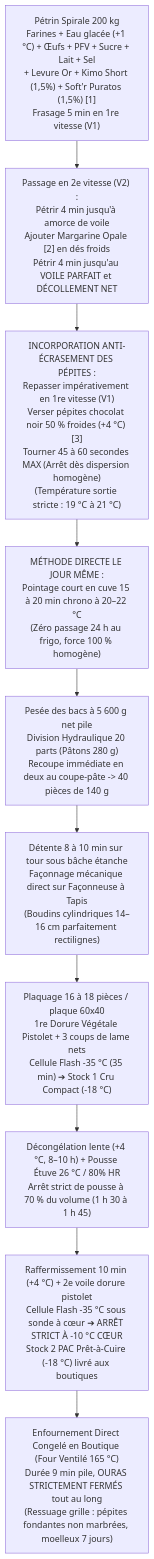
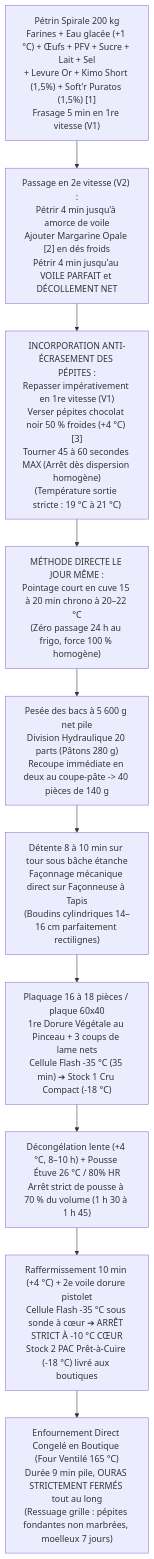
The diagram in recettes/catalogue/v-vie-02-pain-viennois-chocolat-pac.md (jri561/laboratoire-tourage-boulangerie), drawn with Mermaid before and after one commit. The commit also changed other lines of this file and 15 other files, not shown here.

````diff
--- a/recettes/catalogue/v-vie-02-pain-viennois-chocolat-pac.md
+++ b/recettes/catalogue/v-vie-02-pain-viennois-chocolat-pac.md
@@ -65,13 +65,13 @@
 ```mermaid
 flowchart TD
     A["Pétrin Spirale 200 kg\nFarines + Eau glacée (+1 °C) + Œufs + PFV + Sucre + Lait + Sel\n+ Levure Or + Kimo Short (1,5%) + Soft'r Puratos (1,5%) [1]\nFrasage 5 min en 1re vitesse (V1)"]
     --> B["Passage en 2e vitesse (V2) :\nPétrir 4 min jusqu'à amorce de voile\nAjouter Margarine Opale [2] en dés froids\nPétrir 4 min jusqu'au VOILE PARFAIT et DÉCOLLEMENT NET"]
     --> C["INCORPORATION ANTI-ÉCRASEMENT DES PÉPITES :\nRepasser impérativement en 1re vitesse (V1)\nVerser pépites chocolat noir 50 % froides (+4 °C) [3]\nTourner 45 à 60 secondes MAX (Arrêt dès dispersion homogène)\n(Température sortie stricte : 19 °C à 21 °C)"]
     --> D["MÉTHODE DIRECTE LE JOUR MÊME :\nPointage court en cuve 15 à 20 min chrono à 20–22 °C\n(Zéro passage 24 h au frigo, force 100 % homogène)"]
     --> E["Pesée des bacs à 5 600 g net pile\nDivision Hydraulique 20 parts (Pâtons 280 g)\nRecoupe immédiate en deux au coupe-pâte -> 40 pièces de 140 g"]
     --> F["Détente 8 à 10 min sur tour sous bâche étanche\nFaçonnage mécanique direct sur Façonneuse à Tapis\n(Boudins cylindriques 14–16 cm parfaitement rectilignes)"]
-    --> G["Plaquage 16 à 18 pièces / plaque 60x40\n1re Dorure Végétale Pistolet + 3 coups de lame nets\nCellule Flash -35 °C (35 min) ➔ Stock 1 Cru Compact (-18 °C)"]
+    --> G["Plaquage 16 à 18 pièces / plaque 60x40\n1re Dorure Végétale au Pinceau + 3 coups de lame nets\nCellule Flash -35 °C (35 min) ➔ Stock 1 Cru Compact (-18 °C)"]
     --> H["Décongélation lente (+4 °C, 8–10 h) + Pousse Étuve 26 °C / 80% HR\nArrêt strict de pousse à 70 % du volume (1 h 30 à 1 h 45)"]
     --> I["Raffermissement 10 min (+4 °C) + 2e voile dorure pistolet\nCellule Flash -35 °C sous sonde à cœur ➔ ARRÊT STRICT À -10 °C CŒUR\nStock 2 PAC Prêt-à-Cuire (-18 °C) livré aux boutiques"]
     --> J["Enfournement Direct Congelé en Boutique (Four Ventilé 165 °C)\nDurée 9 min pile, OURAS STRICTEMENT FERMÉS tout au long\n(Ressuage grille : pépites fondantes non marbrées, moelleux 7 jours)"]
 ```
````
